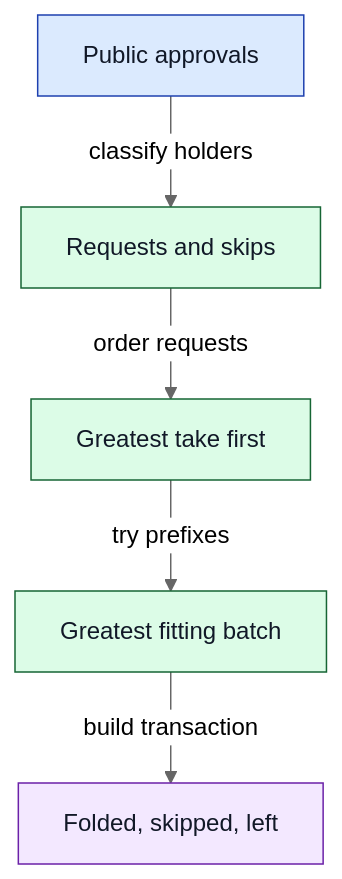
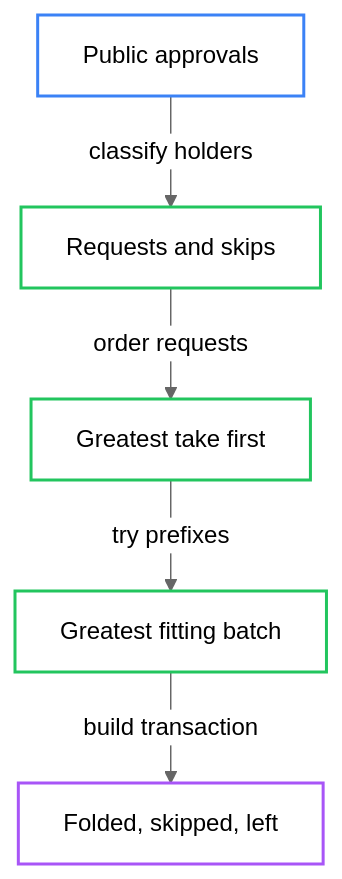
The fifth of 8 diagrams in docs/registry-commands.md (lambdasistemi/singular), drawn with Mermaid (neutral theme) before and after one commit. The commit also changed 3 other files, not shown here.

Commit message:
docs: link batch APIs and keep fold diagrams legible

````diff
--- a/docs/registry-commands.md
+++ b/docs/registry-commands.md
@@ -162,13 +162,13 @@
 ```mermaid
 flowchart TB
     A[Public approvals] -->|classify holders| B[Requests and skips]
     B -->|order requests| C[Greatest take first]
     C -->|try prefixes| D[Greatest fitting batch]
     D -->|build transaction| E[Folded, skipped, left]
-    classDef chain fill:#dbeafe,stroke:#1e40af,color:#111827
-    classDef selection fill:#dcfce7,stroke:#166534,color:#111827
-    classDef receipt fill:#f3e8ff,stroke:#6b21a8,color:#111827
+    classDef chain fill:transparent,stroke:#3b82f6,stroke-width:2px
+    classDef selection fill:transparent,stroke:#22c55e,stroke-width:2px
+    classDef receipt fill:transparent,stroke:#a855f7,stroke-width:2px
     class A chain
     class B,C,D selection
     class E receipt
 ```
````
